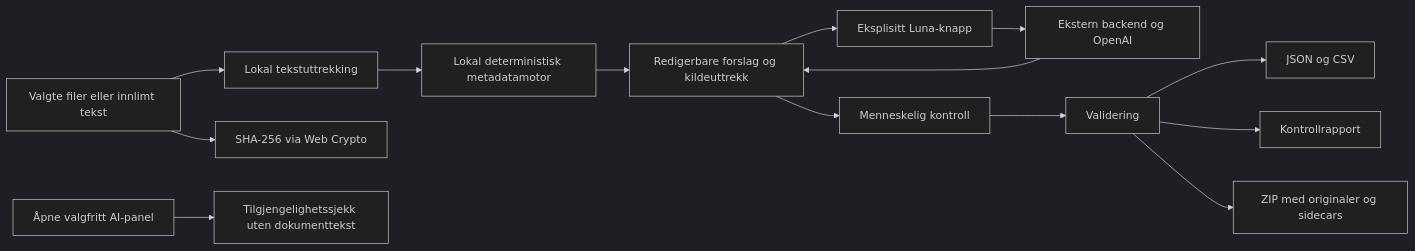
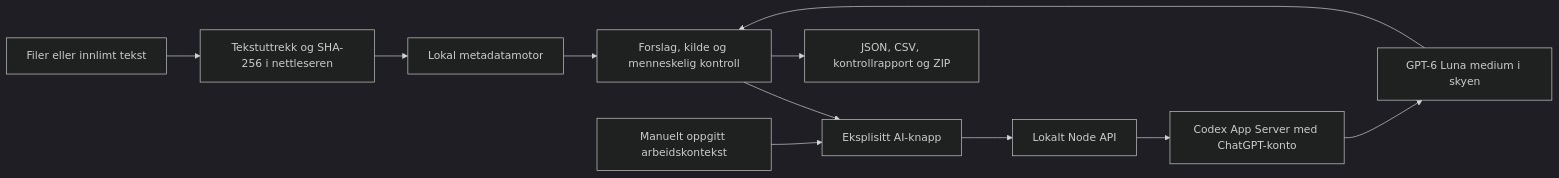
The diagram in archive-assist/ARKITEKTUR.md (rolfss/Click-here-for-newest-projects), drawn with Mermaid (dark theme) before and after one commit. The commit also changed other lines of this file and 18 other files, not shown here.

Commit message:
Connect Archive Assist to GPT-6 Luna through local ChatGPT login

````diff
--- a/archive-assist/ARKITEKTUR.md
+++ b/archive-assist/ARKITEKTUR.md
@@ -5,16 +3,13 @@
 ```mermaid
 flowchart LR
-  F[Valgte filer eller innlimt tekst] --> X[Lokal tekstuttrekking]
-  F --> H[SHA-256 via Web Crypto]
-  X --> D[Lokal deterministisk metadatamotor]
-  D --> T[Redigerbare forslag og kildeuttrekk]
-  O[Åpne valgfritt AI-panel] --> S[Tilgjengelighetssjekk uten dokumenttekst]
-  T --> K[Eksplisitt Luna-knapp]
-  K --> A[Ekstern backend og OpenAI]
-  A --> T
-  T --> M[Menneskelig kontroll]
-  M --> V[Validering]
-  V --> J[JSON og CSV]
-  V --> R[Kontrollrapport]
-  V --> Z[ZIP med originaler og sidecars]
+  F[Filer eller innlimt tekst] --> X[Tekstuttrekk og SHA-256 i nettleseren]
+  X --> D[Lokal metadatamotor]
+  D --> M[Forslag, kilde og menneskelig kontroll]
+  M --> K[Eksplisitt AI-knapp]
+  C[Manuelt oppgitt arbeidskontekst] --> K
+  K --> L[Lokalt Node API]
+  L --> A[Codex App Server med ChatGPT-konto]
+  A --> G[GPT-6 Luna medium i skyen]
+  G --> M
+  M --> E[JSON, CSV, kontrollrapport og ZIP]
 ```
````
